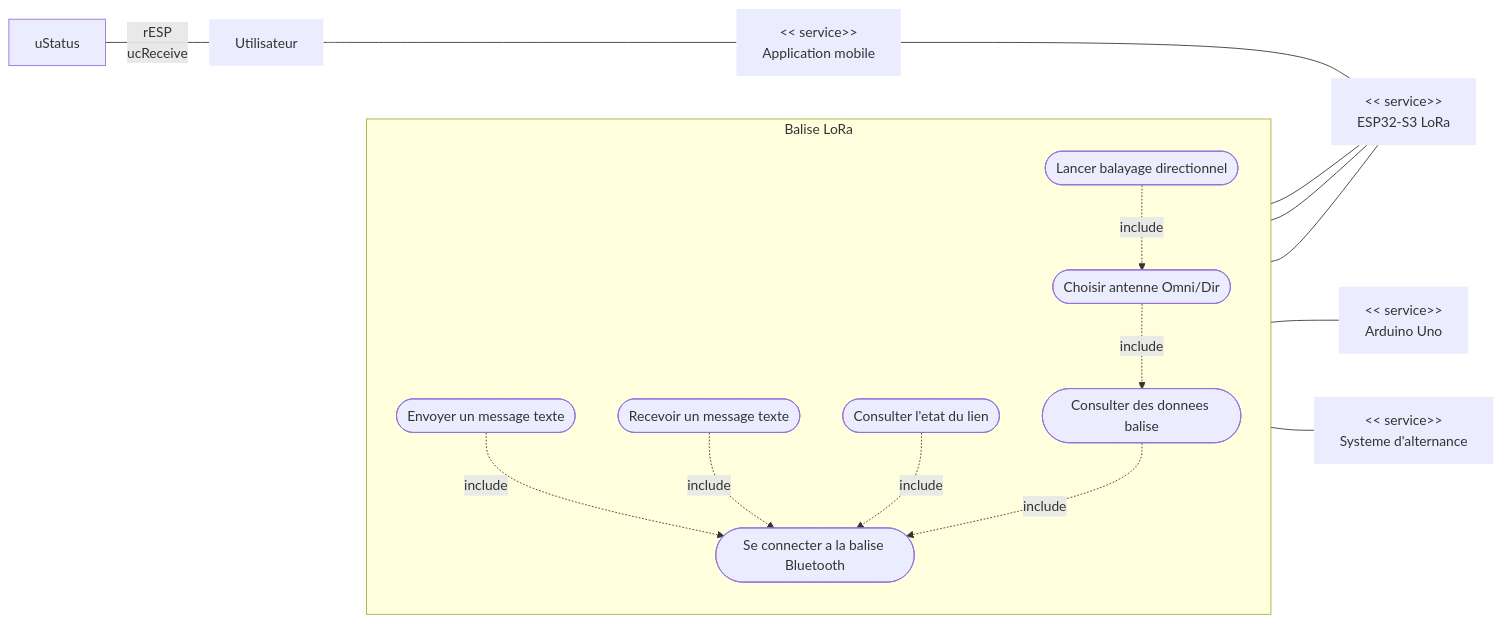
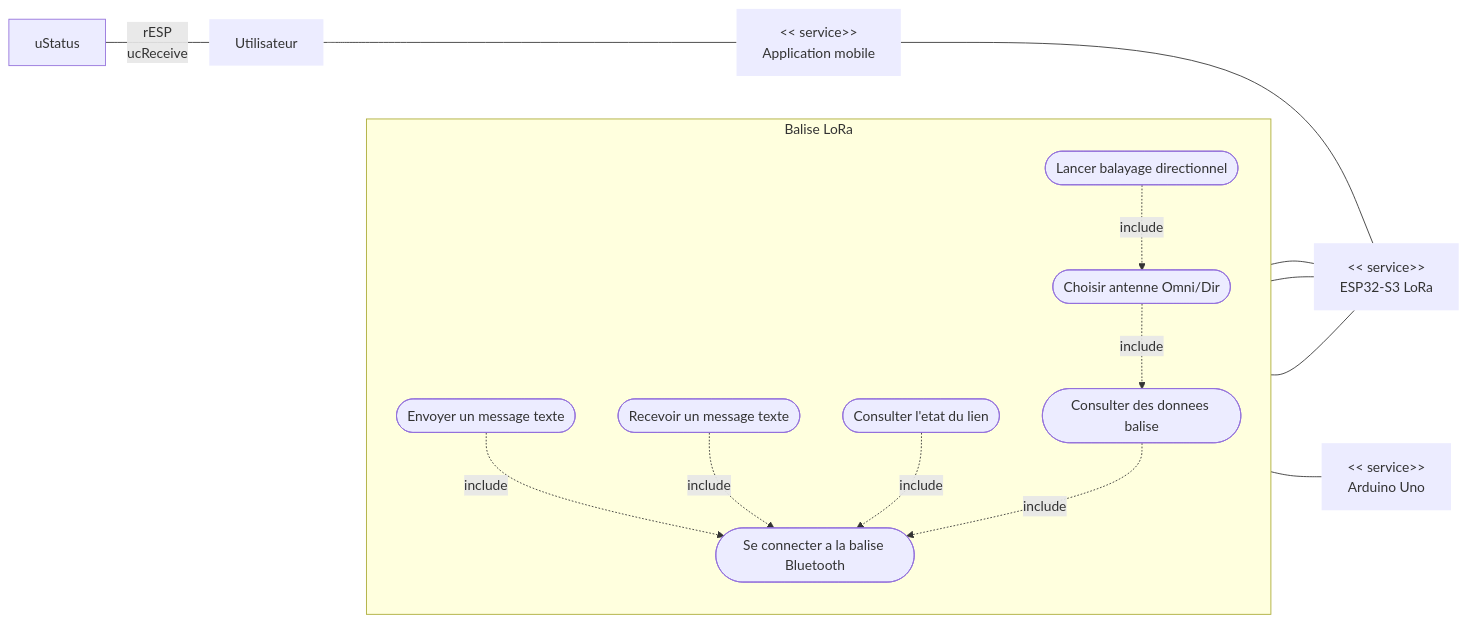
Before and after one commit to SHU445/Projet-LoRa-72h: the first of 7 diagrams in Diagrammes_SysML_Projet_LoRa.md, drawn with Mermaid. The commit also changed other lines of this file, not shown here.

````diff
--- a/Diagrammes_SysML_Projet_LoRa.md
+++ b/Diagrammes_SysML_Projet_LoRa.md
@@ -12,41 +12,39 @@
 ```mermaid
 flowchart LR
   rU["Utilisateur"]:::role
   rAPP["<< service>>\nApplication mobile"]:::role
   rESP["<< service>>\nESP32-S3 LoRa"]:::role
   rARD["<< service>>\nArduino Uno"]:::role
-  rALT["<< service>>\nSysteme d'alternance"]:::role
 
   subgraph S["Balise LoRa"]
     direction TB
     ucConnect([Se connecter a la balise Bluetooth])
     ucSend([Envoyer un message texte])
     ucReceive([Recevoir un message texte])
     ucStatus([Consulter l'etat du lien])
     ucData([Consulter des donnees balise])
     ucSelectAntenna([Choisir antenne Omni/Dir])
     ucScan([Lancer balayage directionnel])
 
     ucSend -. include .-> ucConnect
     ucReceive -. include .-> ucConnect
     ucStatus -. include .-> ucConnect
     ucData -. include .-> ucConnect
     ucSelectAntenna -. include .-> ucData
     ucScan -. include .-> ucSelectAntenna
   end
 
   rU --- rAPP
   rAPP --- rESP
 
   ucSend --- rESP
   uStatus --rESP
   ucReceive --- rU
   ucData --- rESP
   ucSelectAntenna --- rESP
 
 
   ucScan --- rARD
-  ucSelectAntenna --- rALT
 
   classDef role stroke-width:0px;
 ```
````
